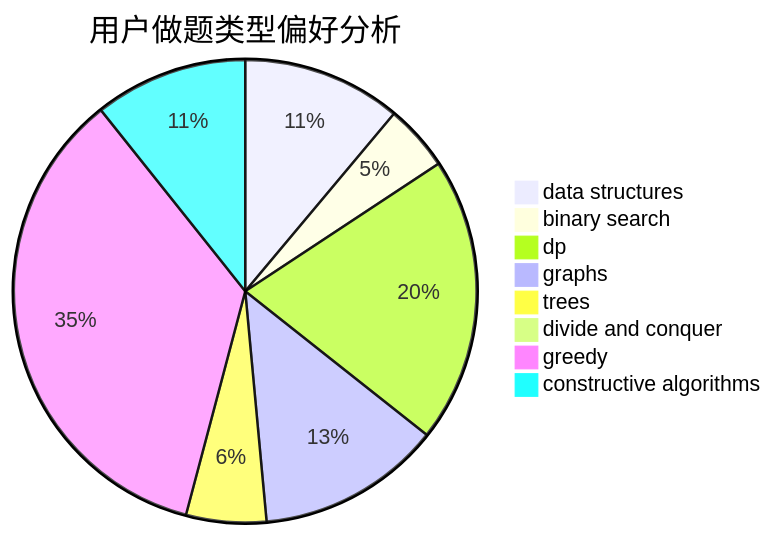
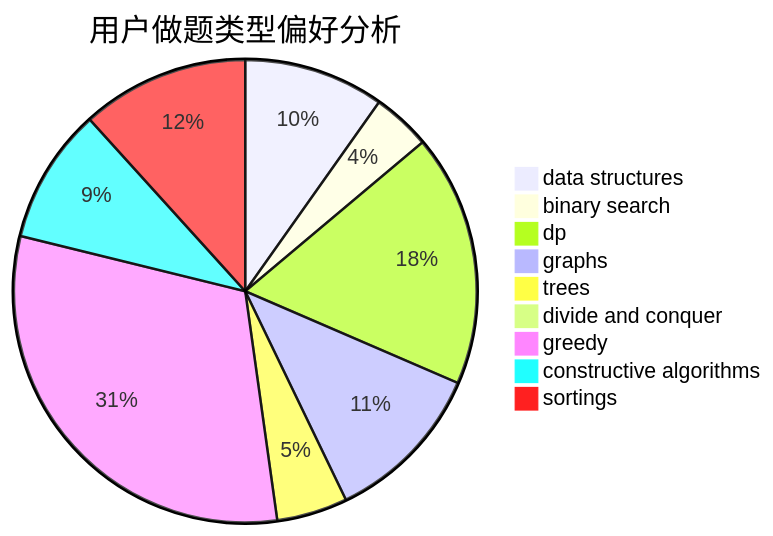
The second of 3 diagrams in docs/user/u484.md (sherpahu/cfrs.github.io), drawn with Mermaid before and after one commit. The commit also changed other lines of this file and 2769 other files, not shown here.

````diff
--- a/docs/user/u484.md
+++ b/docs/user/u484.md
@@ -23,11 +18,12 @@
 ```mermaid
 pie title 用户做题类型偏好分析
     "data structures" :  113
     "binary search" :  47
     "dp" :  203
     "graphs" :  131
     "trees" :  57
     "divide and conquer" :  0
     "greedy" :  358
     "constructive algorithms" :  109
+    "sortings" :  135
 ```
````
